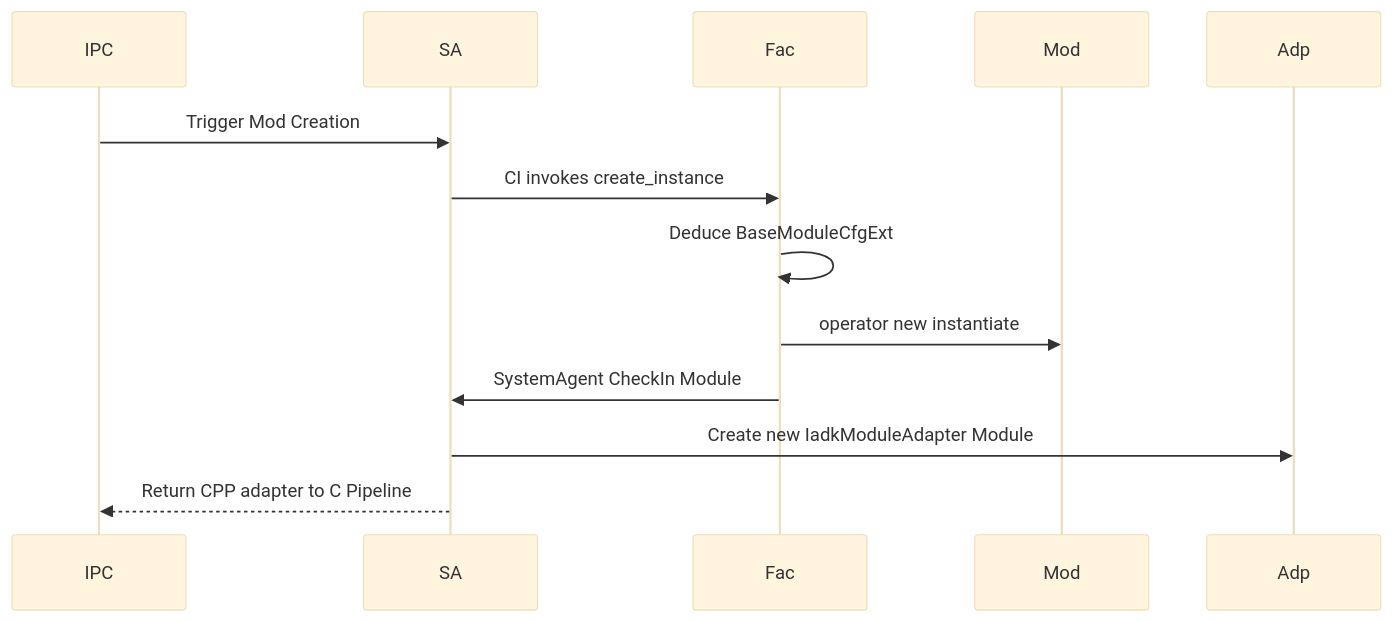
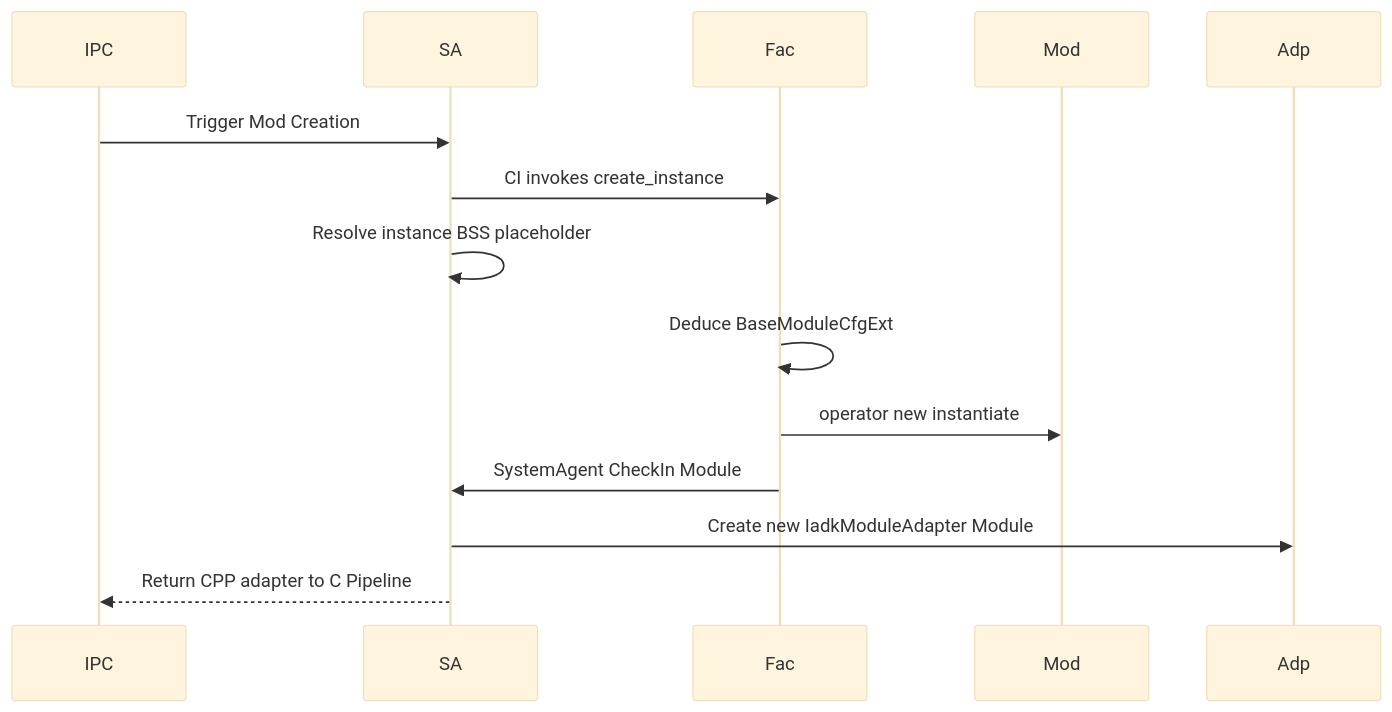
Before and after one commit to thesofproject/sof: the second of 2 diagrams in src/audio/module_adapter/iadk/README.md, drawn with Mermaid (base theme). The commit also changed other lines of this file and 1 other file, not shown here.

First line of the commit message:
audio: iadk: resolve missing module placeholders

````diff
--- a/src/audio/module_adapter/iadk/README.md
+++ b/src/audio/module_adapter/iadk/README.md
@@ -64,17 +67,18 @@
 ```mermaid
 sequenceDiagram
     participant IPC
     participant SA
     participant Fac
     participant Mod
 
     IPC->>SA: Trigger Mod Creation
     SA->>Fac: CI invokes create_instance
+    SA->>SA: Resolve instance BSS placeholder
     Fac->>Fac: Deduce BaseModuleCfgExt
     Fac->>Mod: operator new instantiate
 
     Fac->>SA: SystemAgent CheckIn Module
     SA->>Adp: Create new IadkModuleAdapter Module
 
     SA-->>IPC: Return CPP adapter to C Pipeline
 ```
````
